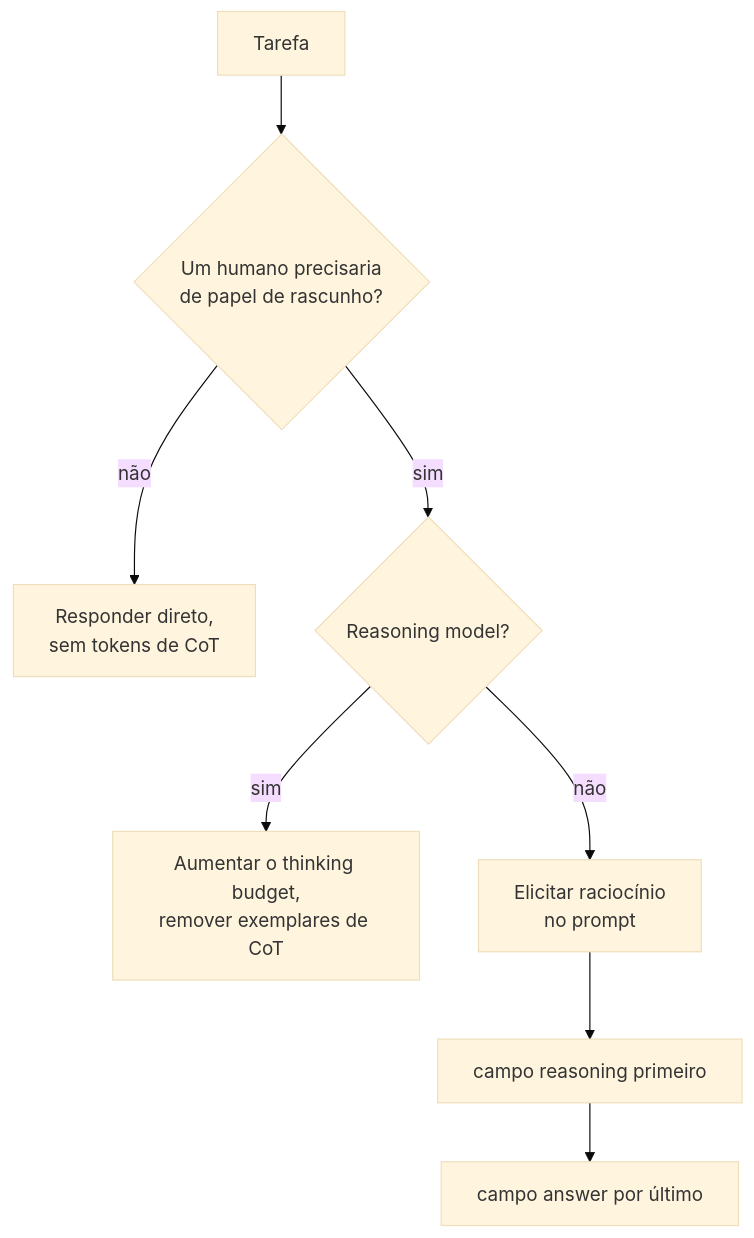
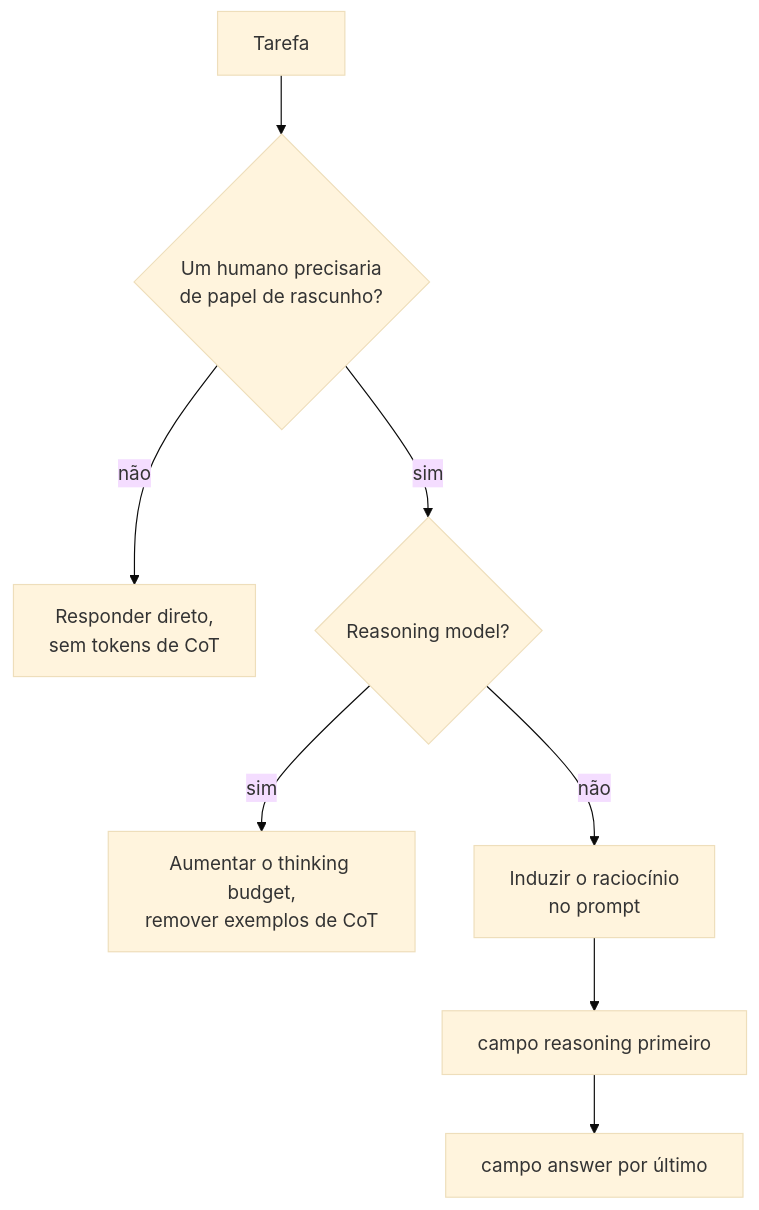
One commit to andrevberaldo/AI-Engineer-Interview-Questions changed the second of 26 diagrams in 03-prompt-engineering-and-context/questions.pt-BR.md. Above: the diagram before and after it, drawn with Mermaid (base theme). The commit also changed other lines of this file and 1 other file, not shown here.

````diff
--- a/03-prompt-engineering-and-context/questions.pt-BR.md
+++ b/03-prompt-engineering-and-context/questions.pt-BR.md
@@ -92,10 +92,10 @@
 ```mermaid
 flowchart TD
     A["Tarefa"] --> B{"Um humano precisaria<br/>de papel de rascunho?"}
     B -->|"não"| C["Responder direto,<br/>sem tokens de CoT"]
     B -->|"sim"| D{"Reasoning model?"}
-    D -->|"sim"| E["Aumentar o thinking budget,<br/>remover exemplares de CoT"]
-    D -->|"não"| F["Elicitar raciocínio<br/>no prompt"]
+    D -->|"sim"| E["Aumentar o thinking budget,<br/>remover exemplos de CoT"]
+    D -->|"não"| F["Induzir o raciocínio<br/>no prompt"]
     F --> G["campo reasoning primeiro"]
     G --> H["campo answer por último"]
 ```
````
